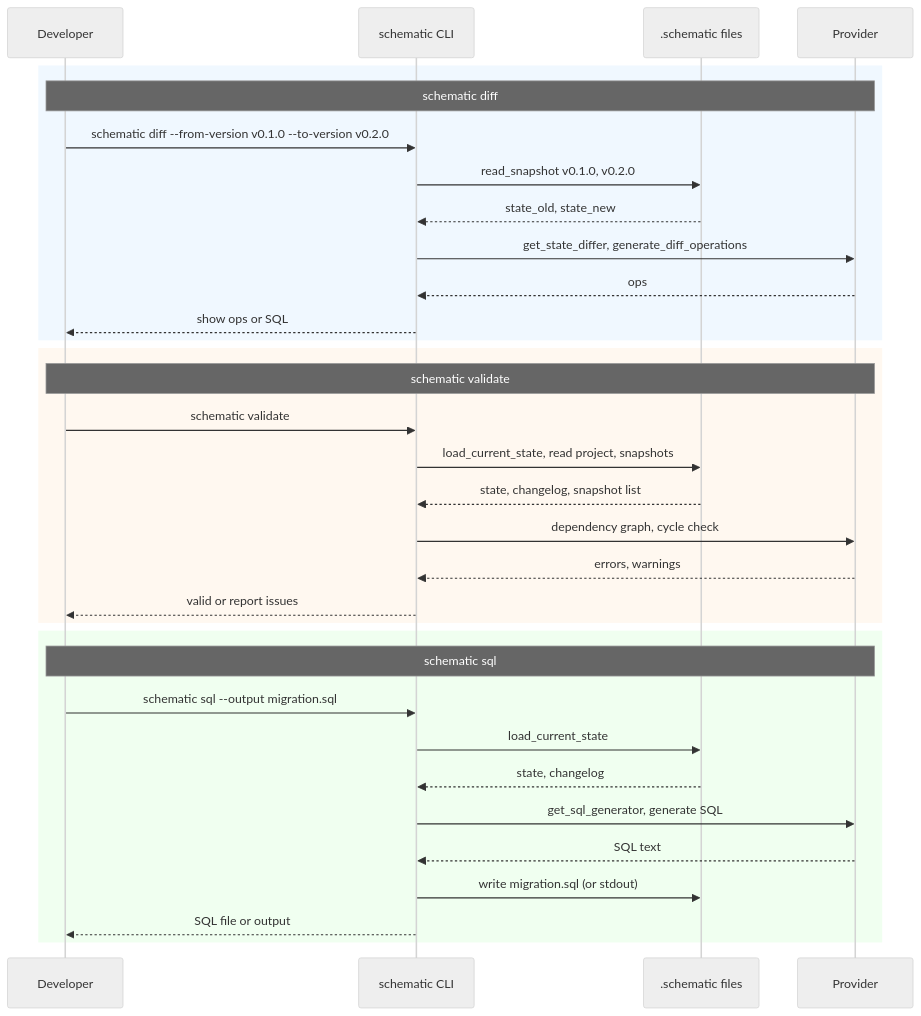
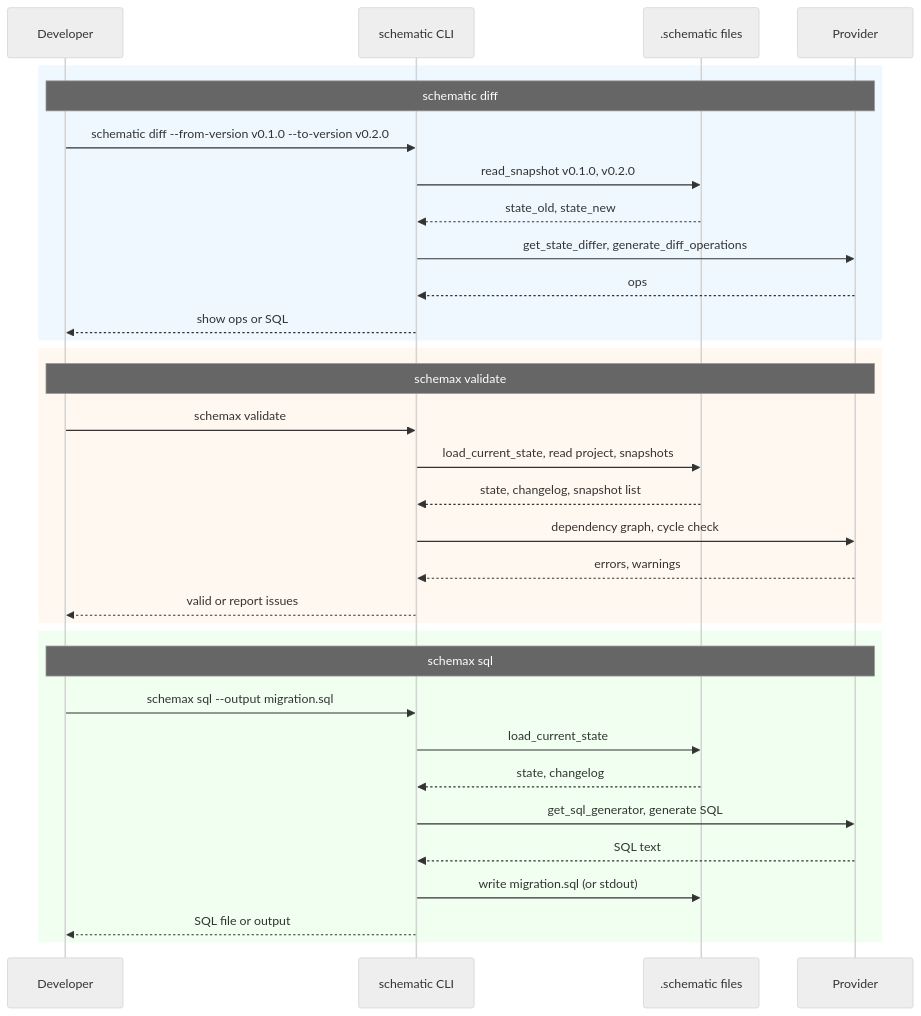
The fifth of 6 diagrams in docs/WORKFLOWS.md (vb-dbrks/schemax), drawn with Mermaid (neutral theme) before and after one commit. The commit also changed other lines of this file and 204 other files, not shown here.

````diff
--- a/docs/WORKFLOWS.md
+++ b/docs/WORKFLOWS.md
@@ -284,38 +284,38 @@
 ```mermaid
 sequenceDiagram
   participant Dev as Developer
   participant CLI as schematic CLI
   participant Storage as .schematic files
   participant Provider as Provider
 
   rect rgb(240, 248, 255)
     Note over Dev,Provider: schematic diff
     Dev->>CLI: schematic diff --from-version v0.1.0 --to-version v0.2.0
     CLI->>Storage: read_snapshot v0.1.0, v0.2.0
     Storage-->>CLI: state_old, state_new
     CLI->>Provider: get_state_differ, generate_diff_operations
     Provider-->>CLI: ops
     CLI-->>Dev: show ops or SQL
   end
 
   rect rgb(255, 248, 240)
-    Note over Dev,Provider: schematic validate
-    Dev->>CLI: schematic validate
+    Note over Dev,Provider: schemax validate
+    Dev->>CLI: schemax validate
     CLI->>Storage: load_current_state, read project, snapshots
     Storage-->>CLI: state, changelog, snapshot list
     CLI->>Provider: dependency graph, cycle check
     Provider-->>CLI: errors, warnings
     CLI-->>Dev: valid or report issues
   end
 
   rect rgb(240, 255, 240)
-    Note over Dev,Provider: schematic sql
-    Dev->>CLI: schematic sql --output migration.sql
+    Note over Dev,Provider: schemax sql
+    Dev->>CLI: schemax sql --output migration.sql
     CLI->>Storage: load_current_state
     Storage-->>CLI: state, changelog
     CLI->>Provider: get_sql_generator, generate SQL
     Provider-->>CLI: SQL text
     CLI->>Storage: write migration.sql (or stdout)
     CLI-->>Dev: SQL file or output
   end
 ```
````
